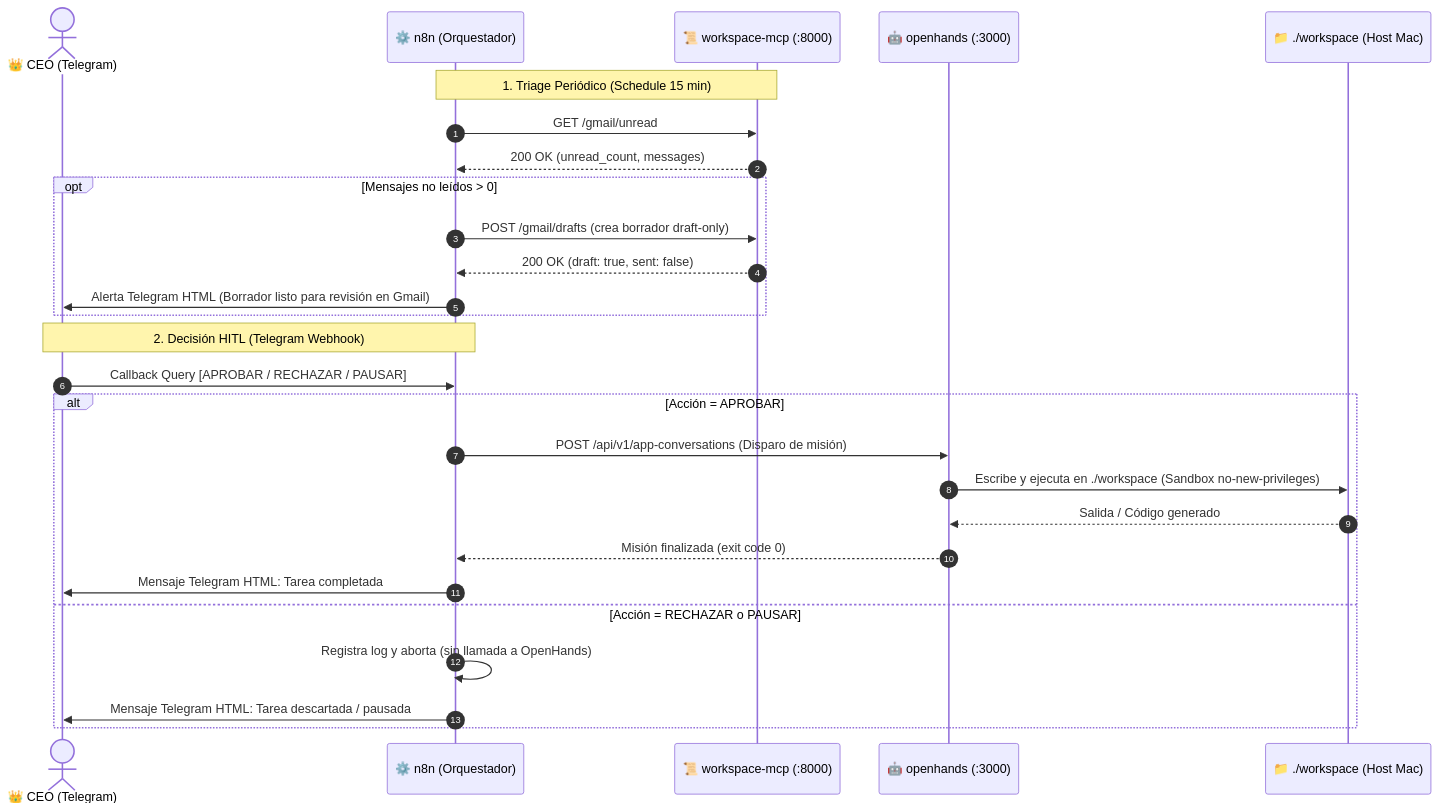
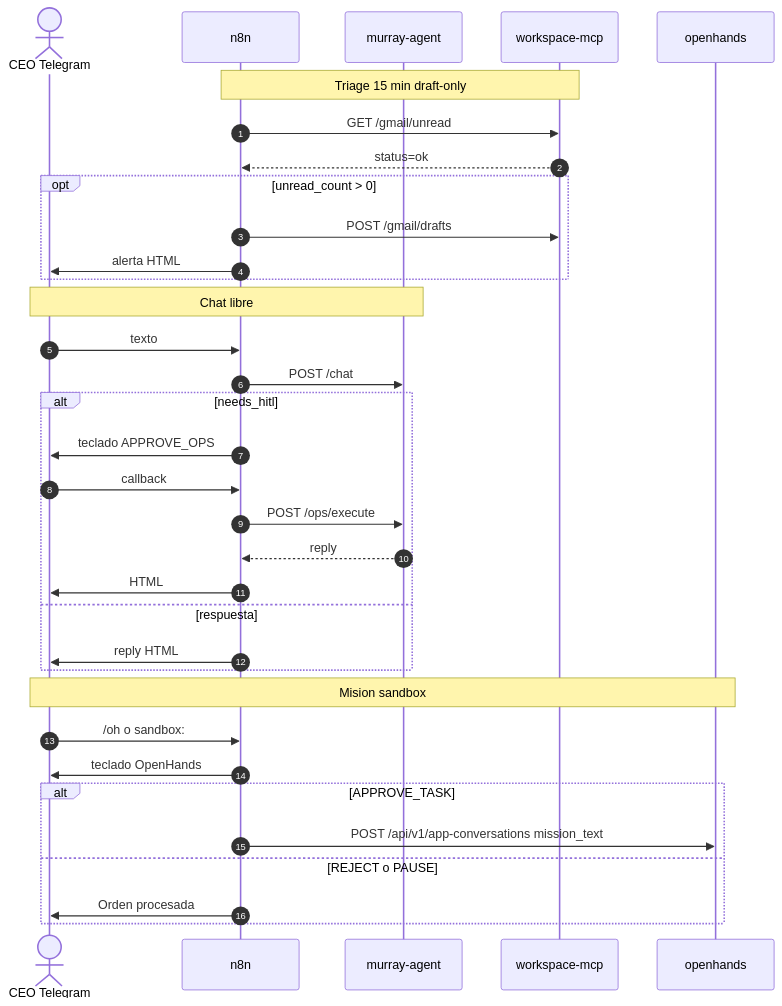
Before and after one commit to murray-threepwood/melee-infra: the second of 2 diagrams in architecture_spec.md, drawn with Mermaid. The commit also changed other lines of this file and 27 other files, not shown here.

First line of the commit message:
feat(telegram): murray-agent DeepSeek en el mismo bot; ops solo con HITL

````diff
--- a/architecture_spec.md
+++ b/architecture_spec.md
@@ -76,31 +87,39 @@
 ```mermaid
 sequenceDiagram
     autonumber
-    actor CEO as 👑 CEO (Telegram)
-    participant N8N as ⚙️ n8n (Orquestador)
-    participant MCP as 📜 workspace-mcp (:8000)
-    participant OH as 🤖 openhands (:3000)
-    participant FS as 📁 ./workspace (Host Mac)
+    actor CEO as CEO Telegram
+    participant N8N as n8n
+    participant Agent as murray-agent
+    participant MCP as workspace-mcp
+    participant OH as openhands
 
-    Note over N8N,MCP: 1. Triage Periódico (Schedule 15 min)
+    Note over N8N,MCP: Triage 15 min draft-only
     N8N->>MCP: GET /gmail/unread
-    MCP-->>N8N: 200 OK (unread_count, messages)
-    opt Mensajes no leídos > 0
-        N8N->>MCP: POST /gmail/drafts (crea borrador draft-only)
-        MCP-->>N8N: 200 OK (draft: true, sent: false)
-        N8N->>CEO: Alerta Telegram HTML (Borrador listo para revisión en Gmail)
+    MCP-->>N8N: status=ok
+    opt unread_count > 0
+        N8N->>MCP: POST /gmail/drafts
+        N8N->>CEO: alerta HTML
     end
 
-    Note over CEO,N8N: 2. Decisión HITL (Telegram Webhook)
-    CEO->>N8N: Callback Query [APROBAR / RECHAZAR / PAUSAR]
-    alt Acción = APROBAR
-        N8N->>OH: POST /api/v1/app-conversations (Disparo de misión)
-        OH->>FS: Escribe y ejecuta en ./workspace (Sandbox no-new-privileges)
-        FS-->>OH: Salida / Código generado
-        OH-->>N8N: Misión finalizada (exit code 0)
-        N8N->>CEO: Mensaje Telegram HTML: Tarea completada
-    else Acción = RECHAZAR o PAUSAR
-        N8N->>N8N: Registra log y aborta (sin llamada a OpenHands)
-        N8N->>CEO: Mensaje Telegram HTML: Tarea descartada / pausada
+    Note over CEO,Agent: Chat libre
+    CEO->>N8N: texto
+    N8N->>Agent: POST /chat
+    alt needs_hitl
+        N8N->>CEO: teclado APPROVE_OPS
+        CEO->>N8N: callback
+        N8N->>Agent: POST /ops/execute
+        Agent-->>N8N: reply
+        N8N->>CEO: HTML
+    else respuesta
+        N8N->>CEO: reply HTML
+    end
+
+    Note over CEO,OH: Mision sandbox
+    CEO->>N8N: /oh o sandbox:
+    N8N->>CEO: teclado OpenHands
+    alt APPROVE_TASK
+        N8N->>OH: POST /api/v1/app-conversations mission_text
+    else REJECT o PAUSE
+        N8N->>CEO: Orden procesada
     end
 ```
````
